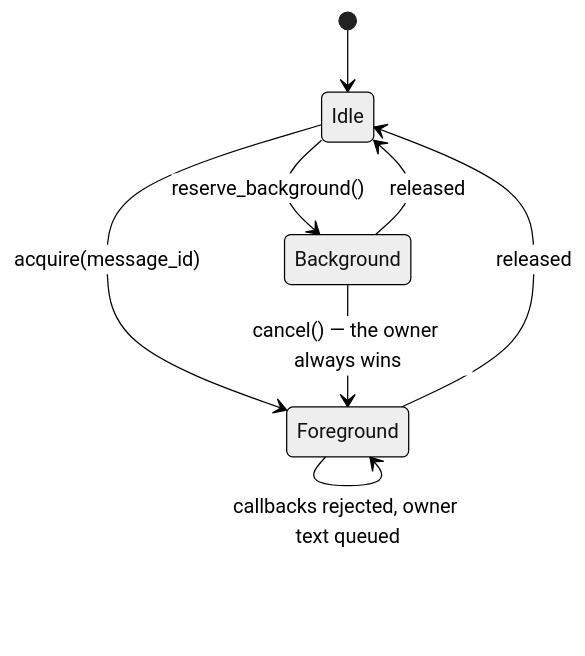
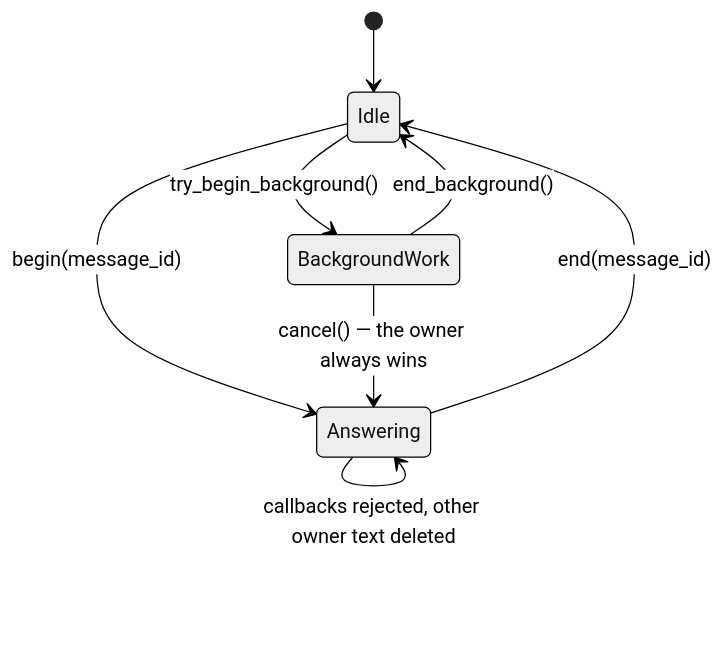
The tenth of 10 diagrams in docs/AGENT_ARCH.md (myvaheed/tg-ai-safwa), drawn with Mermaid (neutral theme) before and after one commit. The commit also changed other lines of this file and 25 other files, not shown here.

````diff
--- a/docs/AGENT_ARCH.md
+++ b/docs/AGENT_ARCH.md
@@ -410,10 +411,10 @@
 ```mermaid
 stateDiagram-v2
     [*] --> Idle
-    Idle --> Foreground: acquire(message_id)
-    Idle --> Background: reserve_background()
-    Foreground --> Idle: released
-    Background --> Idle: released
-    Foreground --> Foreground: callbacks rejected, owner text queued
-    Background --> Foreground: cancel() — the owner always wins
+    Idle --> Answering: begin(message_id)
+    Idle --> BackgroundWork: try_begin_background()
+    Answering --> Idle: end(message_id)
+    BackgroundWork --> Idle: end_background()
+    Answering --> Answering: callbacks rejected, other owner text deleted
+    BackgroundWork --> Answering: cancel() — the owner always wins
 ```
````
